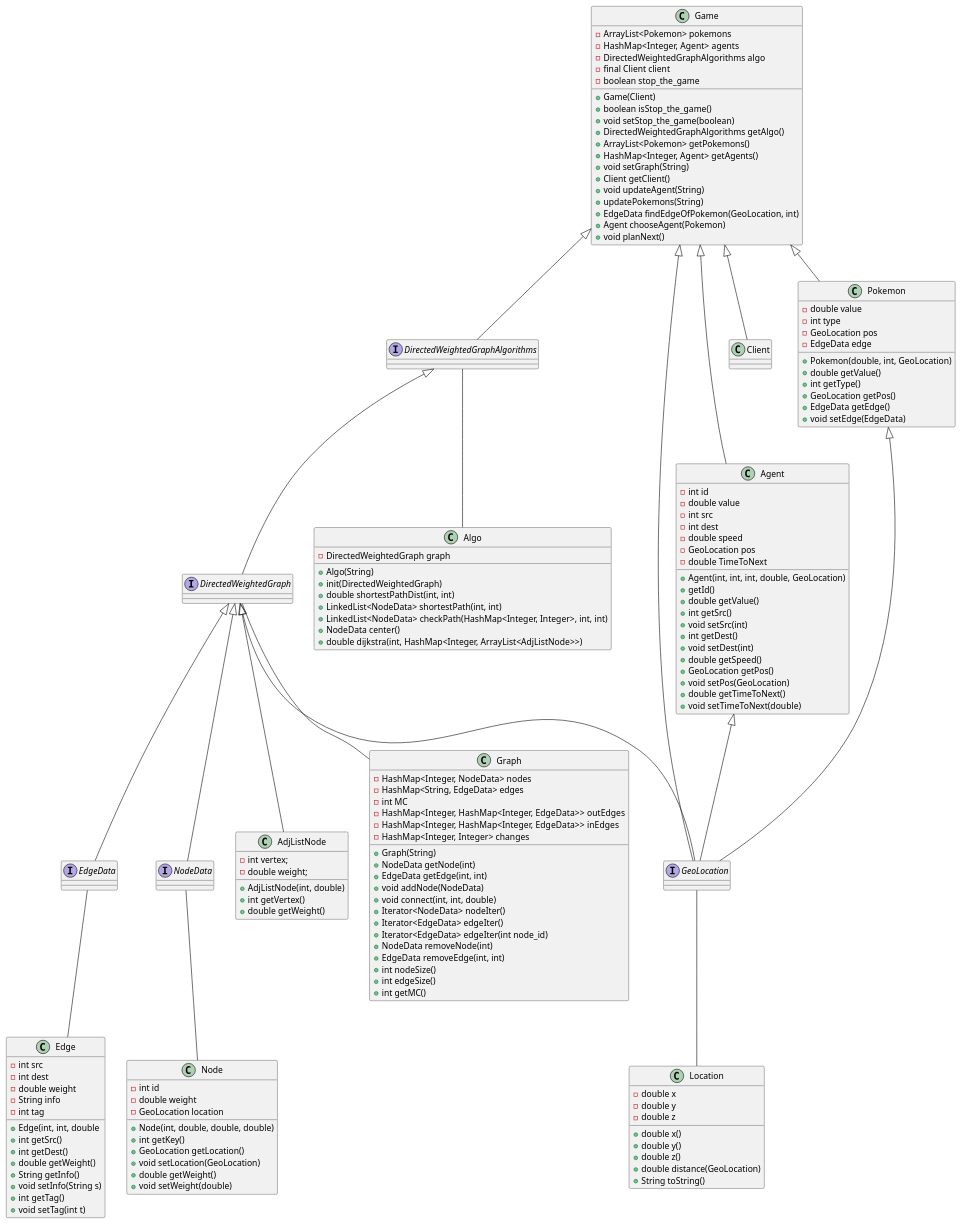
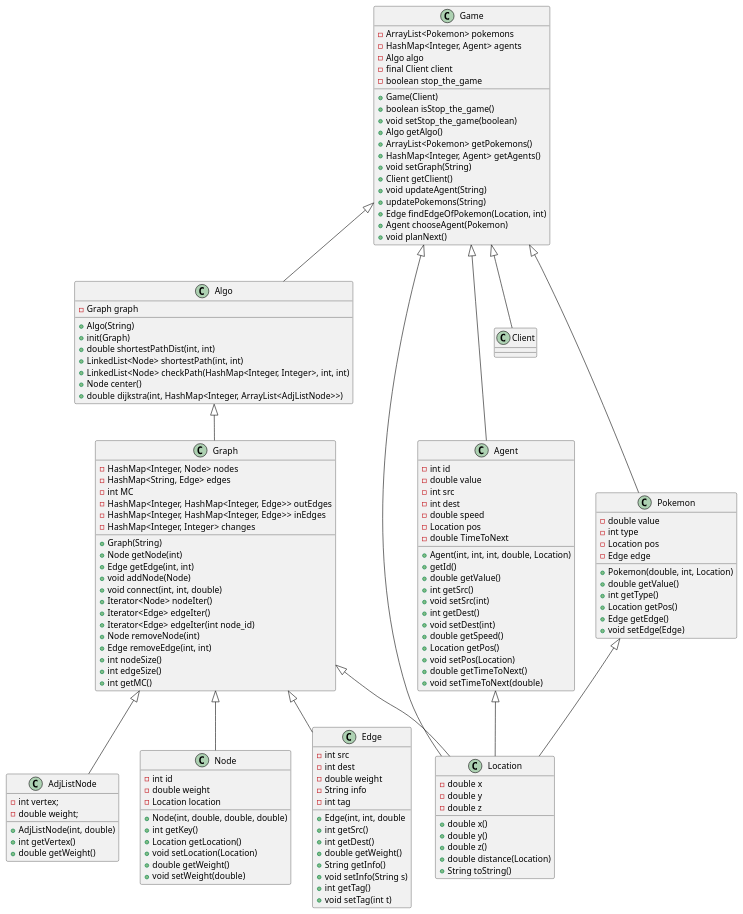
The diagram in UML.puml (omerShahar1/oop_ex4), drawn with PlantUML before and after one commit. The commit also changed 1 other file, not shown here.

```diff
--- a/UML.puml
+++ b/UML.puml
@@ -1,185 +1,177 @@
 @startuml
 'https://plantuml.com/class-diagram
 
-interface DirectedWeightedGraph
-interface DirectedWeightedGraphAlgorithms
-interface EdgeData
-interface GeoLocation
-interface NodeData
+
 class Algo
 class AdjListNode
 class Graph
 class Location
 class Node
 class Edge
 class Agent
 class Client
 class Pokemon
 class Game
 
-DirectedWeightedGraph -- Graph
-DirectedWeightedGraphAlgorithms -- Algo
-EdgeData -- Edge
-GeoLocation -- Location
-NodeData -- Node
-DirectedWeightedGraphAlgorithms <|-- DirectedWeightedGraph
-DirectedWeightedGraph <|-- EdgeData
-DirectedWeightedGraph <|-- NodeData
-DirectedWeightedGraph <|-- AdjListNode
-DirectedWeightedGraph <|-- GeoLocation
+
+Algo <|-- Graph
+Graph <|-- Edge
+Graph <|-- Node
+Graph <|-- AdjListNode
+Graph <|-- Location
 Game <|-- Pokemon
 Game <|-- Agent
 Game <|-- Client
-Game <|-- DirectedWeightedGraphAlgorithms
-Game <|-- GeoLocation
-Pokemon <|-- GeoLocation
-Agent <|-- GeoLocation
+Game <|-- Algo
+Game <|-- Location
+Pokemon <|-- Location
+Agent <|-- Location
 
 
 class AdjListNode
 {
     -int vertex;
     -double weight;
     +AdjListNode(int, double)
     +int getVertex()
     +double getWeight()
 }
 
 class Graph
 {
-    -HashMap<Integer, NodeData> nodes
-    -HashMap<String, EdgeData> edges
+    -HashMap<Integer, Node> nodes
+    -HashMap<String, Edge> edges
     -int MC
-    -HashMap<Integer, HashMap<Integer, EdgeData>> outEdges
-    -HashMap<Integer, HashMap<Integer, EdgeData>> inEdges
+    -HashMap<Integer, HashMap<Integer, Edge>> outEdges
+    -HashMap<Integer, HashMap<Integer, Edge>> inEdges
     -HashMap<Integer, Integer> changes
     +Graph(String)
-    +NodeData getNode(int)
-    +EdgeData getEdge(int, int)
-    +void addNode(NodeData)
+    +Node getNode(int)
+    +Edge getEdge(int, int)
+    +void addNode(Node)
     +void connect(int, int, double)
-    +Iterator<NodeData> nodeIter()
-    +Iterator<EdgeData> edgeIter()
-    +Iterator<EdgeData> edgeIter(int node_id)
-    +NodeData removeNode(int)
-    +EdgeData removeEdge(int, int)
+    +Iterator<Node> nodeIter()
+    +Iterator<Edge> edgeIter()
+    +Iterator<Edge> edgeIter(int node_id)
+    +Node removeNode(int)
+    +Edge removeEdge(int, int)
     +int nodeSize()
     +int edgeSize()
     +int getMC()
 }
 
 class Algo
 {
-    -DirectedWeightedGraph graph
+    -Graph graph
     +Algo(String)
-    +init(DirectedWeightedGraph)
+    +init(Graph)
     +double shortestPathDist(int, int)
-    +LinkedList<NodeData> shortestPath(int, int)
-    +LinkedList<NodeData> checkPath(HashMap<Integer, Integer>, int, int)
-    +NodeData center()
+    +LinkedList<Node> shortestPath(int, int)
+    +LinkedList<Node> checkPath(HashMap<Integer, Integer>, int, int)
+    +Node center()
     +double dijkstra(int, HashMap<Integer, ArrayList<AdjListNode>>)
 }
 
 class Edge
 {
     -int src
     -int dest
     -double weight
     -String info
     -int tag
     +Edge(int, int, double
     +int getSrc()
     +int getDest()
     +double getWeight()
     +String getInfo()
     +void setInfo(String s)
     +int getTag()
     +void setTag(int t)
 }
 
 class Node
 {
     -int id
     -double weight
-    -GeoLocation location
+    -Location location
     +Node(int, double, double, double)
     +int getKey()
-    +GeoLocation getLocation()
-    +void setLocation(GeoLocation)
+    +Location getLocation()
+    +void setLocation(Location)
     +double getWeight()
     +void setWeight(double)
 }
 
 class Location
 {
     -double x
     -double y
     -double z
     +double x()
     +double y()
     +double z()
-    +double distance(GeoLocation)
+    +double distance(Location)
     +String toString()
 }
 
 class Agent
 {
     -int id
     -double value
     -int src
     -int dest
     -double speed
-    -GeoLocation pos
+    -Location pos
     -double TimeToNext
-    +Agent(int, int, int, double, GeoLocation)
+    +Agent(int, int, int, double, Location)
     +getId()
     +double getValue()
     +int getSrc()
     +void setSrc(int)
     +int getDest()
     +void setDest(int)
     +double getSpeed()
-    +GeoLocation getPos()
-    +void setPos(GeoLocation)
+    +Location getPos()
+    +void setPos(Location)
     +double getTimeToNext()
     +void setTimeToNext(double)
 }
 
 
 class Pokemon
 {
     -double value
     -int type
-    -GeoLocation pos
-    -EdgeData edge
-    +Pokemon(double, int, GeoLocation)
+    -Location pos
+    -Edge edge
+    +Pokemon(double, int, Location)
     +double getValue()
     +int getType()
-    +GeoLocation getPos()
-    +EdgeData getEdge()
-    +void setEdge(EdgeData)
+    +Location getPos()
+    +Edge getEdge()
+    +void setEdge(Edge)
 }
 
 class Game
 {
     -ArrayList<Pokemon> pokemons
     -HashMap<Integer, Agent> agents
-    -DirectedWeightedGraphAlgorithms algo
+    -Algo algo
     -final Client client
     -boolean stop_the_game
     +Game(Client)
     +boolean isStop_the_game()
     +void setStop_the_game(boolean)
-    +DirectedWeightedGraphAlgorithms getAlgo()
+    +Algo getAlgo()
     +ArrayList<Pokemon> getPokemons()
     +HashMap<Integer, Agent> getAgents()
     +void setGraph(String)
     +Client getClient()
     +void updateAgent(String)
     +updatePokemons(String)
-    +EdgeData findEdgeOfPokemon(GeoLocation, int)
+    +Edge findEdgeOfPokemon(Location, int)
     +Agent chooseAgent(Pokemon)
     +void planNext()
 }
 
 @enduml
```
